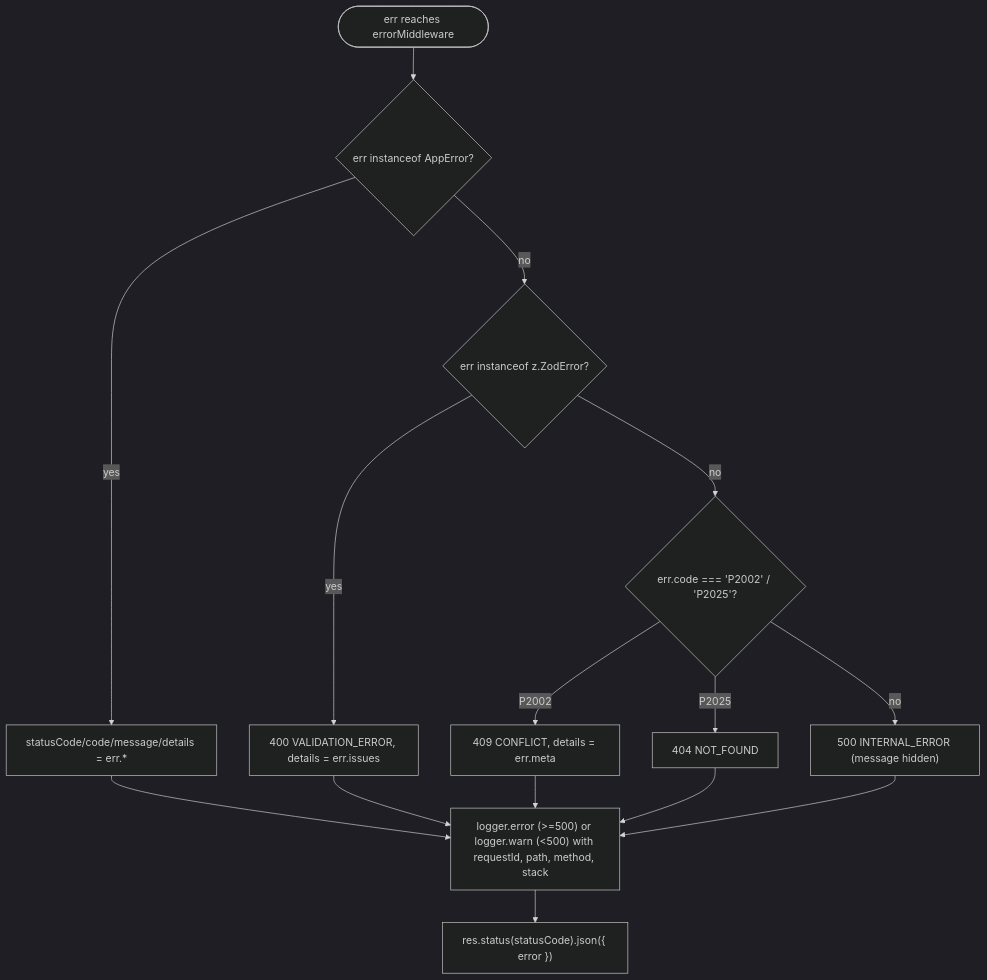
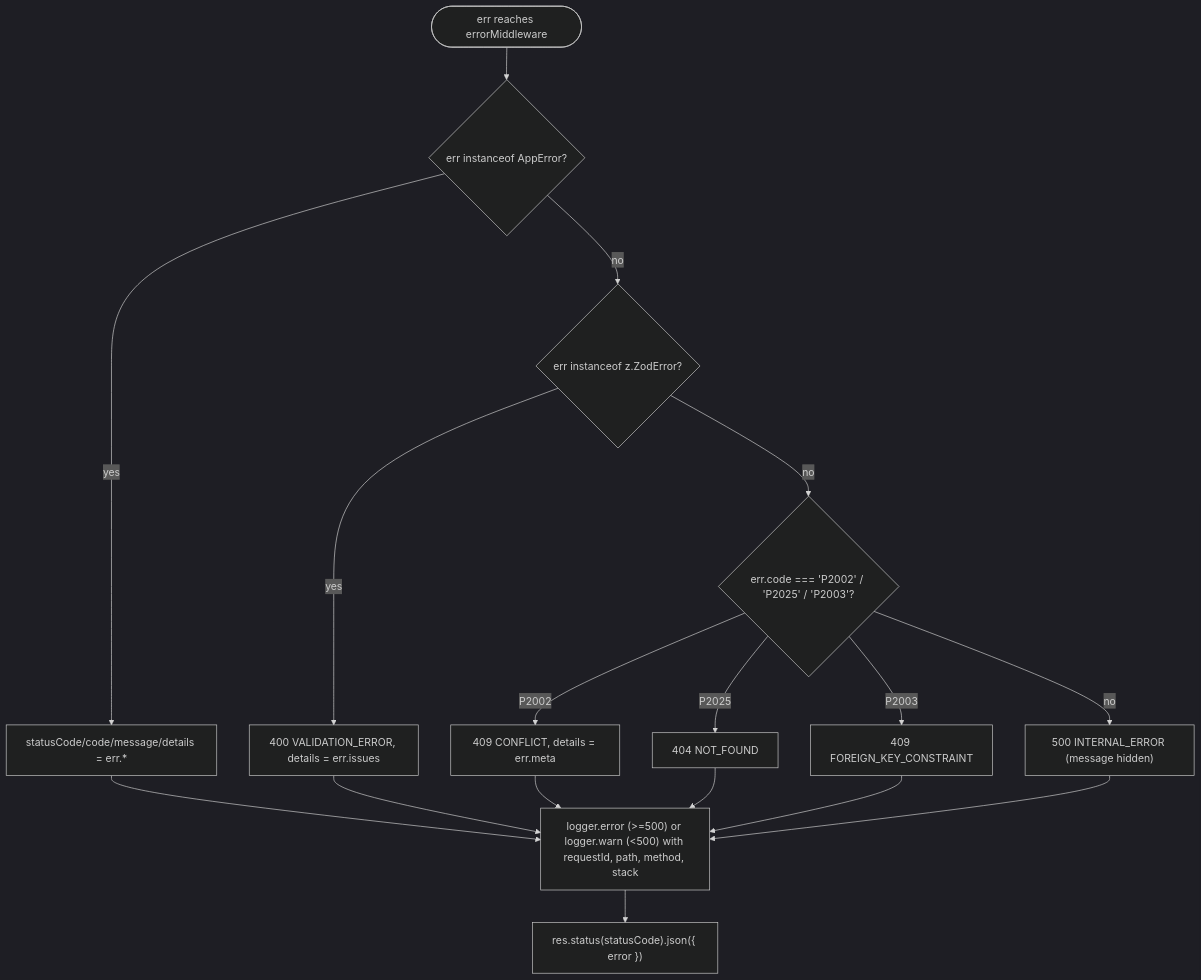
The third of 4 diagrams in docs/ARCHITECTURE.md (Novachocolat/rom-rag-sae-but3), drawn with Mermaid (dark theme) before and after one commit. The commit also changed other lines of this file and 12 other files, not shown here.

````diff
--- a/docs/ARCHITECTURE.md
+++ b/docs/ARCHITECTURE.md
@@ -109,19 +117,21 @@
 ```mermaid
 flowchart TD
     Start(["err reaches errorMiddleware"]) --> IsApp{"err instanceof AppError?"}
     IsApp -->|yes| UseApp["statusCode/code/message/details = err.*"]
     IsApp -->|no| IsZod{"err instanceof z.ZodError?"}
     IsZod -->|yes| UseZod["400 VALIDATION_ERROR, details = err.issues"]
-    IsZod -->|no| IsPrisma{"err.code === 'P2002' / 'P2025'?"}
+    IsZod -->|no| IsPrisma{"err.code === 'P2002' / 'P2025' / 'P2003'?"}
     IsPrisma -->|P2002| UseConflict["409 CONFLICT, details = err.meta"]
     IsPrisma -->|P2025| UseNotFound["404 NOT_FOUND"]
+    IsPrisma -->|P2003| UseForeignKey["409 FOREIGN_KEY_CONSTRAINT"]
     IsPrisma -->|no| UseDefault["500 INTERNAL_ERROR (message hidden)"]
 
     UseApp --> Log
     UseZod --> Log
     UseConflict --> Log
     UseNotFound --> Log
+    UseForeignKey --> Log
     UseDefault --> Log
 
     Log["logger.error (>=500) or logger.warn (<500) with requestId, path, method, stack"] --> Respond["res.status(statusCode).json({ error })"]
 ```
````
